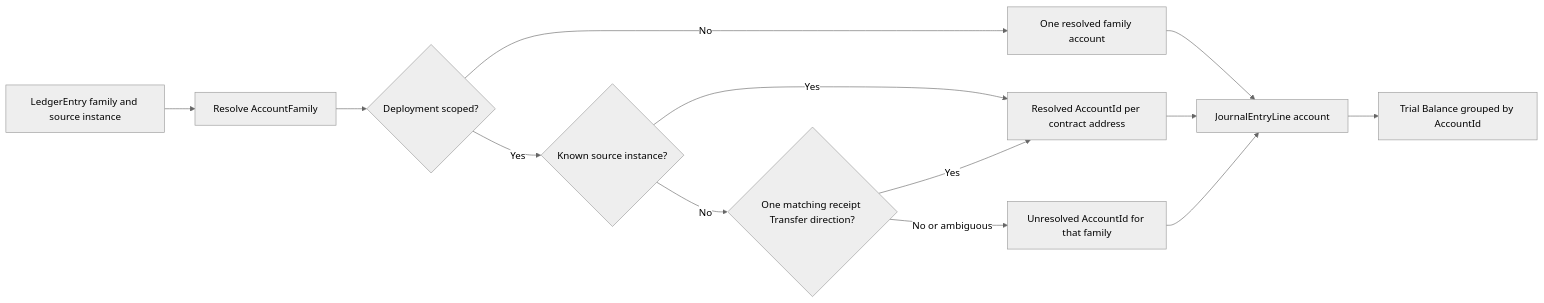
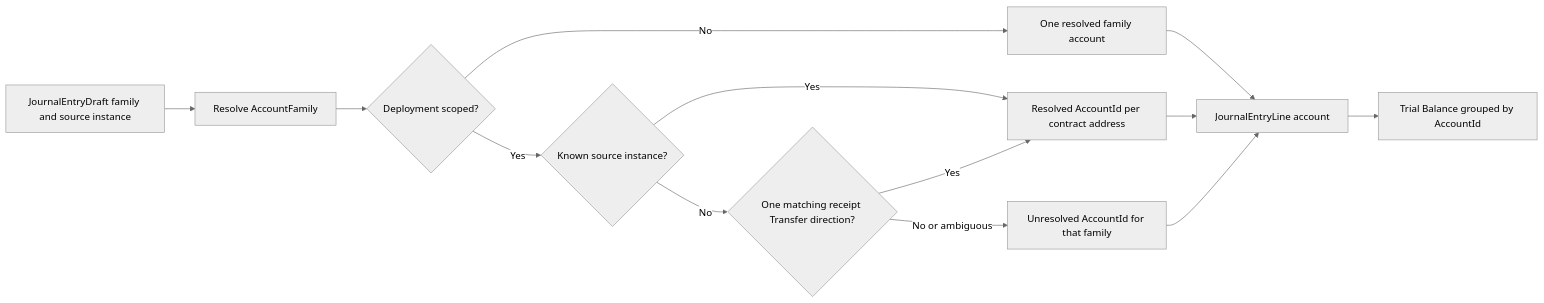
The fourth of 5 diagrams in docs/implementation/accounting-read-model/README.md (globe-and-citizen/cnc-portal), drawn with Mermaid (neutral theme) before and after one commit. The commit also changed other lines of this file and 3 other files, not shown here.

Commit message:
docs: 📝 document journal entry finalization

````diff
--- a/docs/implementation/accounting-read-model/README.md
+++ b/docs/implementation/accounting-read-model/README.md
@@ -260,15 +262,15 @@
 ```mermaid
 flowchart LR
-    raw[LedgerEntry family and source instance] --> family[Resolve AccountFamily]
+    raw[JournalEntryDraft family and source instance] --> family[Resolve AccountFamily]
     family --> scoped{Deployment scoped?}
     scoped -->|No| shared[One resolved family account]
     scoped -->|Yes| proof{Known source instance?}
     proof -->|Yes| concrete[Resolved AccountId per contract address]
     proof -->|No| receipt{One matching receipt Transfer direction?}
     receipt -->|Yes| concrete
     receipt -->|No or ambiguous| unresolved[Unresolved AccountId for that family]
     shared --> journal[JournalEntryLine account]
     concrete --> journal
     unresolved --> journal
     journal --> trial[Trial Balance grouped by AccountId]
 ```
````
